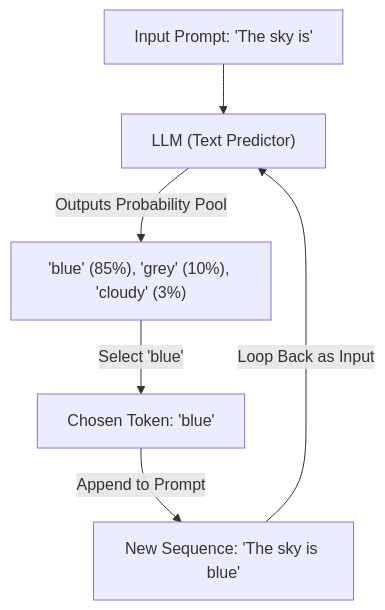
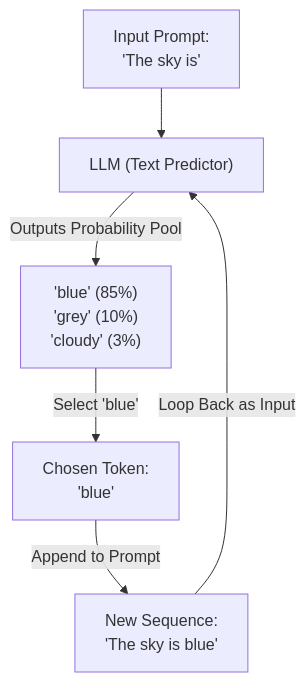
Before and after one commit to murugadossp/llm-concepts: the diagram in apps/web/src/content/chapters/01-0-intro.mdx, drawn with Mermaid. The commit also changed 9 other files, not shown here.

Commit message:
style: fix mermaid text clipping with br tags and implement adaptive light/dark mode css overrides

````diff
--- a/apps/web/src/content/chapters/01-0-intro.mdx
+++ b/apps/web/src/content/chapters/01-0-intro.mdx
@@ -81,8 +81,8 @@
 ```mermaid
 graph TD
-  Prompt["Input Prompt: 'The sky is'"] --> LLM["LLM (Text Predictor)"]
-  LLM -->|Outputs Probability Pool| Pool["'blue' (85%), 'grey' (10%), 'cloudy' (3%)"]
-  Pool -->|Select 'blue'| Select["Chosen Token: 'blue'"]
-  Select -->|Append to Prompt| Append["New Sequence: 'The sky is blue'"]
+  Prompt["Input Prompt:<br/>'The sky is'"] --> LLM["LLM (Text Predictor)"]
+  LLM -->|Outputs Probability Pool| Pool["'blue' (85%)<br/>'grey' (10%)<br/>'cloudy' (3%)"]
+  Pool -->|Select 'blue'| Select["Chosen Token:<br/>'blue'"]
+  Select -->|Append to Prompt| Append["New Sequence:<br/>'The sky is blue'"]
   Append -->|Loop Back as Input| LLM
 ```
````
